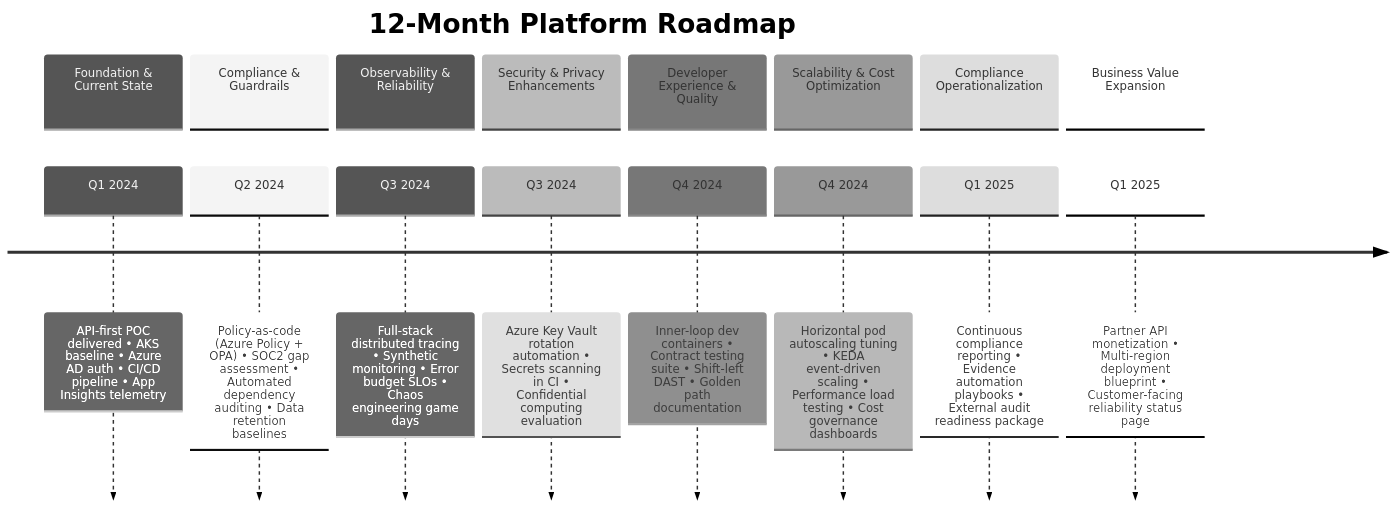
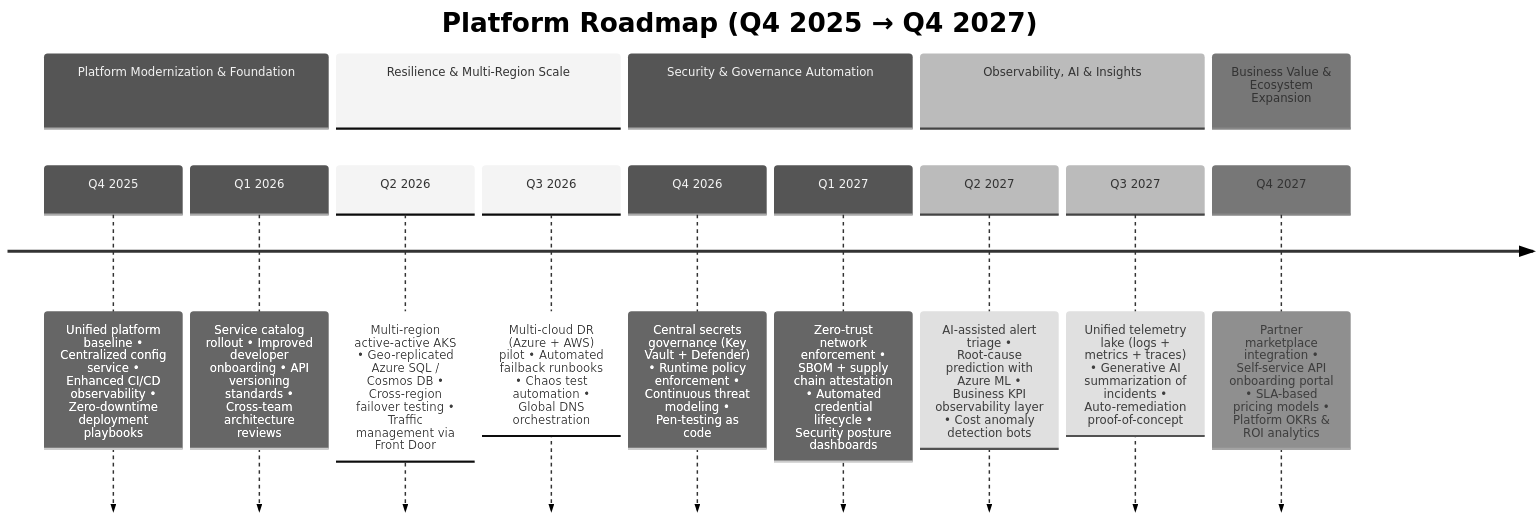
Before and after one commit to jparghi/azure-api-poc: the diagram in docs/roadmap.md, drawn with Mermaid. The commit also changed 13 other files, not shown here.

````diff
--- a/docs/roadmap.md
+++ b/docs/roadmap.md
@@ -5,21 +5,25 @@
 ```mermaid
 %%{init: {"theme": "neutral", "flowchart": {"curve": "basis"}}}%%
 timeline
-    title 12-Month Platform Roadmap
-    section Foundation & Current State
-      Q1 2024 : API-first POC delivered • AKS baseline • Azure AD auth • CI/CD pipeline • App Insights telemetry
-    section Compliance & Guardrails
-      Q2 2024 : Policy-as-code (Azure Policy + OPA) • SOC2 gap assessment • Automated dependency auditing • Data retention baselines
-    section Observability & Reliability
-      Q3 2024 : Full-stack distributed tracing • Synthetic monitoring • Error budget SLOs • Chaos engineering game days
-    section Security & Privacy Enhancements
-      Q3 2024 : Azure Key Vault rotation automation • Secrets scanning in CI • Confidential computing evaluation
-    section Developer Experience & Quality
-      Q4 2024 : Inner-loop dev containers • Contract testing suite • Shift-left DAST • Golden path documentation
-    section Scalability & Cost Optimization
-      Q4 2024 : Horizontal pod autoscaling tuning • KEDA event-driven scaling • Performance load testing • Cost governance dashboards
-    section Compliance Operationalization
-      Q1 2025 : Continuous compliance reporting • Evidence automation playbooks • External audit readiness package
-    section Business Value Expansion
-      Q1 2025 : Partner API monetization • Multi-region deployment blueprint • Customer-facing reliability status page
+    title Platform Roadmap (Q4 2025 → Q4 2027)
+    
+    section Platform Modernization & Foundation
+      Q4 2025 : Unified platform baseline • Centralized config service • Enhanced CI/CD observability • Zero-downtime deployment playbooks
+      Q1 2026 : Service catalog rollout • Improved developer onboarding • API versioning standards • Cross-team architecture reviews
+
+    section Resilience & Multi-Region Scale
+      Q2 2026 : Multi-region active-active AKS • Geo-replicated Azure SQL / Cosmos DB • Cross-region failover testing • Traffic management via Front Door
+      Q3 2026 : Multi-cloud DR (Azure + AWS) pilot • Automated failback runbooks • Chaos test automation • Global DNS orchestration
+
+    section Security & Governance Automation
+      Q4 2026 : Central secrets governance (Key Vault + Defender) • Runtime policy enforcement • Continuous threat modeling • Pen-testing as code
+      Q1 2027 : Zero-trust network enforcement • SBOM + supply chain attestation • Automated credential lifecycle • Security posture dashboards
+
+    section Observability, AI & Insights
+      Q2 2027 : AI-assisted alert triage • Root-cause prediction with Azure ML • Business KPI observability layer • Cost anomaly detection bots
+      Q3 2027 : Unified telemetry lake (logs + metrics + traces) • Generative AI summarization of incidents • Auto-remediation proof-of-concept
+
+    section Business Value & Ecosystem Expansion
+      Q4 2027 : Partner marketplace integration • Self-service API onboarding portal • SLA-based pricing models • Platform OKRs & ROI analytics
+
 ```
````
